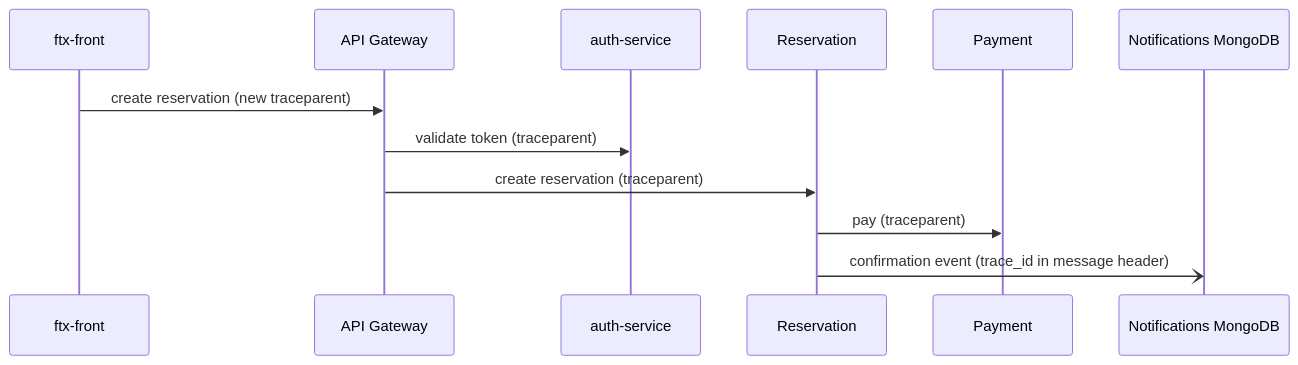
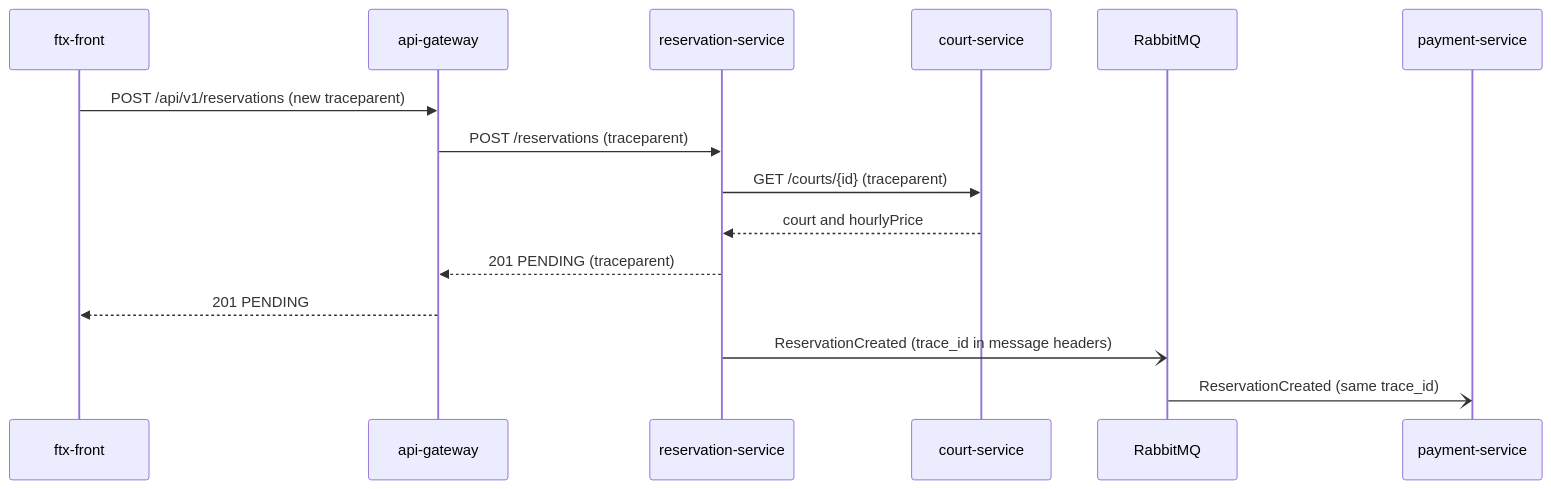
One commit to emelendez20201-ship-it/sistemas-distribuidos-2026-b-g1 changed the diagram in 11-week/workshop/01-journey.md. Above: the diagram before and after it, drawn with Mermaid. The commit also changed other lines of this file, not shown here.

````diff
--- a/11-week/workshop/01-journey.md
+++ b/11-week/workshop/01-journey.md
@@ -13,14 +19,17 @@
 ```mermaid
 sequenceDiagram
     participant FE as ftx-front
-    participant GW as API Gateway
-    participant AU as auth-service
-    participant RS as Reservation
-    participant PY as Payment
-    participant NT as Notifications MongoDB
-    FE->>GW: create reservation (new traceparent)
-    GW->>AU: validate token (traceparent)
-    GW->>RS: create reservation (traceparent)
-    RS->>PY: pay (traceparent)
-    RS-)NT: confirmation event (trace_id in message header)
+    participant GW as api-gateway
+    participant RS as reservation-service
+    participant CS as court-service
+    participant MQ as RabbitMQ
+    participant PS as payment-service
+    FE->>GW: POST /api/v1/reservations (new traceparent)
+    GW->>RS: POST /reservations (traceparent)
+    RS->>CS: GET /courts/{id} (traceparent)
+    CS-->>RS: court and hourlyPrice
+    RS-->>GW: 201 PENDING (traceparent)
+    GW-->>FE: 201 PENDING
+    RS-)MQ: ReservationCreated (trace_id in message headers)
+    MQ-)PS: ReservationCreated (same trace_id)
 ```
````
